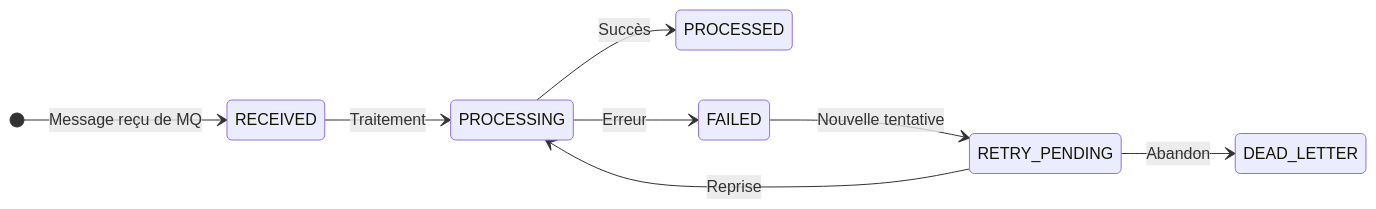
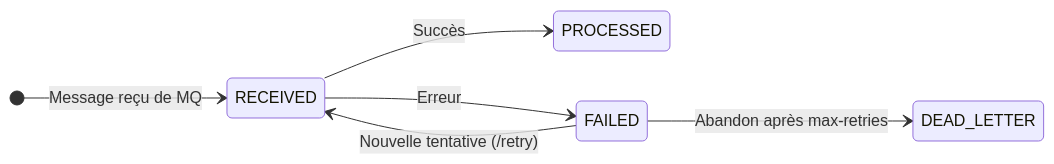
One commit to mouhamadoulo/payment-messages changed the second of 3 diagrams in docs/architecture/architecture-globale.md. Above: the diagram before and after it, drawn with Mermaid. The commit also changed other lines of this file and 27 other files, not shown here.

````diff
--- a/docs/architecture/architecture-globale.md
+++ b/docs/architecture/architecture-globale.md
@@ -47,11 +47,9 @@
 ```mermaid
 stateDiagram-v2
     direction LR
     [*] --> RECEIVED: Message reçu de MQ
-    RECEIVED --> PROCESSING: Traitement
-    PROCESSING --> PROCESSED: Succès
-    PROCESSING --> FAILED: Erreur
-    FAILED --> RETRY_PENDING: Nouvelle tentative
-    RETRY_PENDING --> PROCESSING: Reprise
-    RETRY_PENDING --> DEAD_LETTER: Abandon
+    RECEIVED --> PROCESSED: Succès
+    RECEIVED --> FAILED: Erreur
+    FAILED --> RECEIVED: Nouvelle tentative (/retry)
+    FAILED --> DEAD_LETTER: Abandon après max-retries
 ```
````
